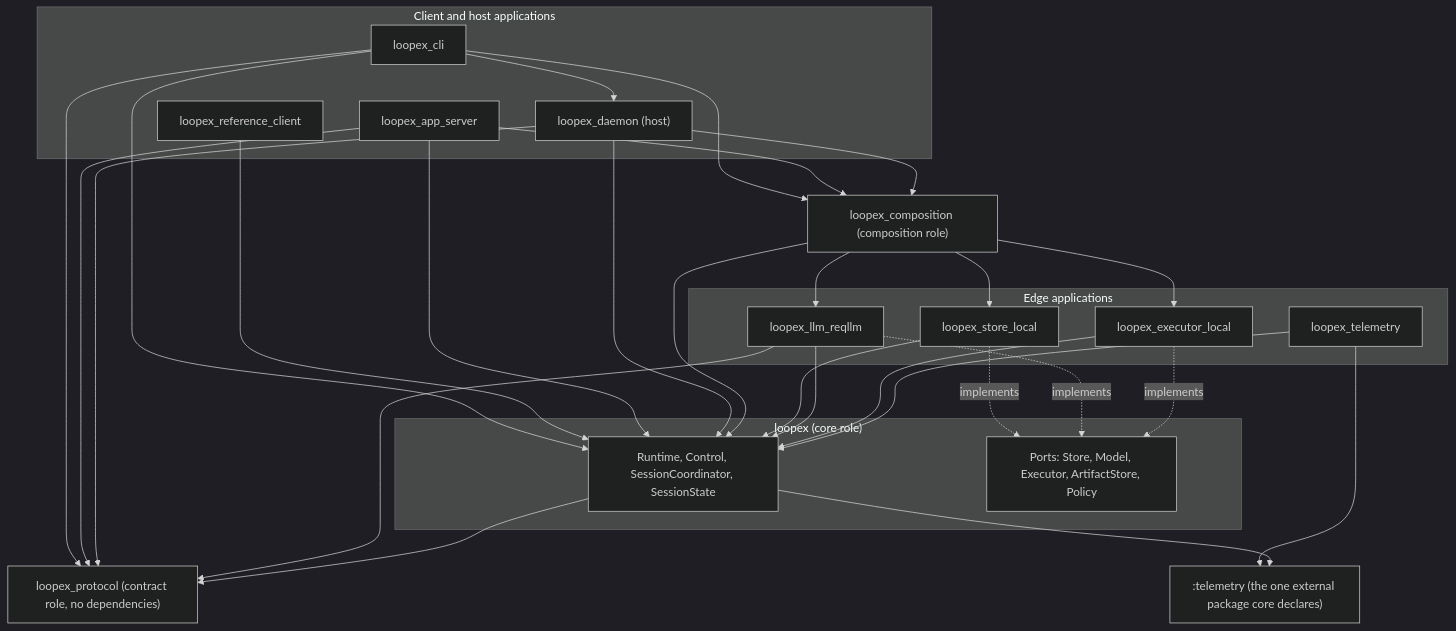
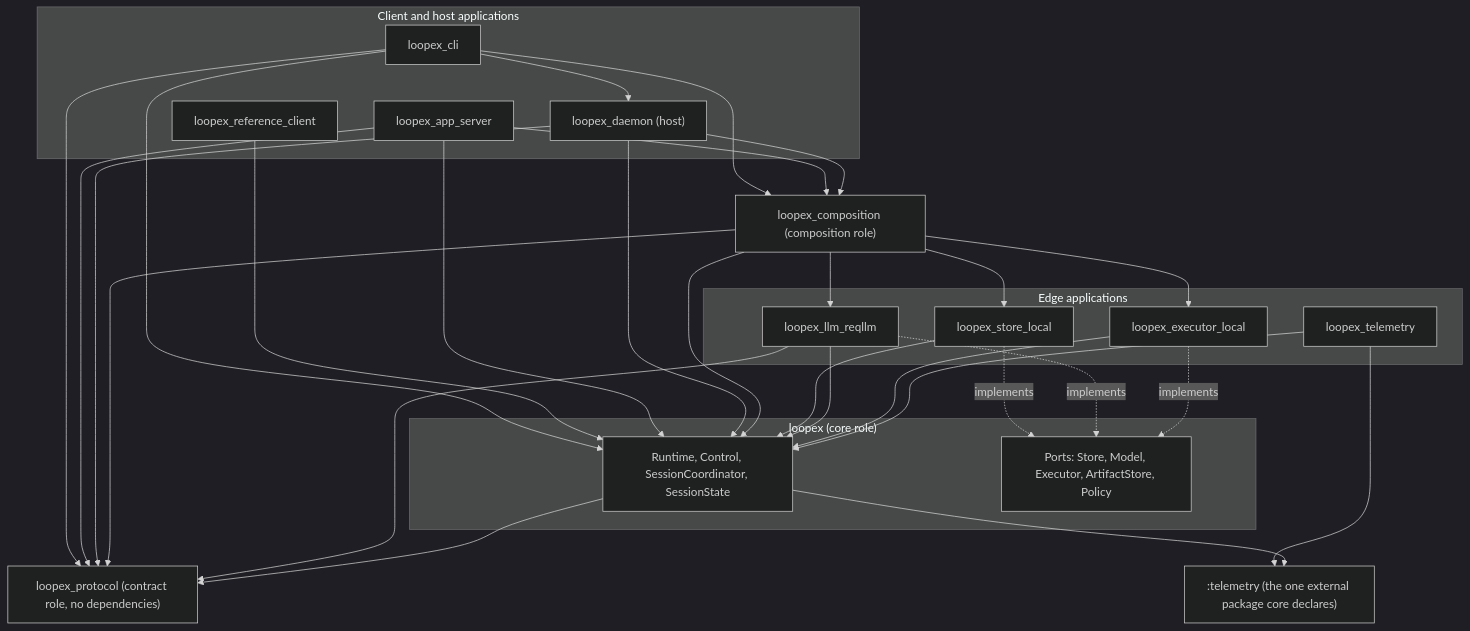
The first of 2 diagrams in docs/developer/architecture.md (lexlapax/loopex), drawn with Mermaid (dark theme) before and after one commit. The commit also changed other lines of this file and 5 other files, not shown here.

First line of the commit message:
docs(M7): correct architecture and protocol pages against code

````diff
--- a/docs/developer/architecture.md
+++ b/docs/developer/architecture.md
@@ -78,53 +78,54 @@
 ```mermaid
 flowchart TB
     subgraph Clients["Client and host applications"]
       CLI["loopex_cli"]
       REF["loopex_reference_client"]
       APPS["loopex_app_server"]
       DAEMON["loopex_daemon (host)"]
     end
 
     COMP["loopex_composition (composition role)"]
 
     subgraph Kernel["loopex (core role)"]
       RUNTIME["Runtime, Control, SessionCoordinator, SessionState"]
       PORTS["Ports: Store, Model, Executor, ArtifactStore, Policy"]
     end
 
     PROTO["loopex_protocol (contract role, no dependencies)"]
     TEL[":telemetry (the one external package core declares)"]
 
     subgraph Edges["Edge applications"]
       STORE["loopex_store_local"]
       LLM["loopex_llm_reqllm"]
       EXEC["loopex_executor_local"]
       TELE["loopex_telemetry"]
     end
 
     CLI --> COMP
     CLI --> RUNTIME
     CLI --> DAEMON
     CLI --> PROTO
     REF --> RUNTIME
     APPS --> COMP
     APPS --> RUNTIME
     APPS --> PROTO
     DAEMON --> COMP
     DAEMON --> RUNTIME
     DAEMON --> PROTO
     COMP --> RUNTIME
+    COMP --> PROTO
     COMP --> STORE
     COMP --> LLM
     COMP --> EXEC
     STORE --> RUNTIME
     LLM --> RUNTIME
     EXEC --> RUNTIME
     TELE --> RUNTIME
     TELE --> TEL
     LLM --> PROTO
     RUNTIME --> PROTO
     RUNTIME --> TEL
     STORE -. implements .-> PORTS
     LLM -. implements .-> PORTS
     EXEC -. implements .-> PORTS
 ```
````
